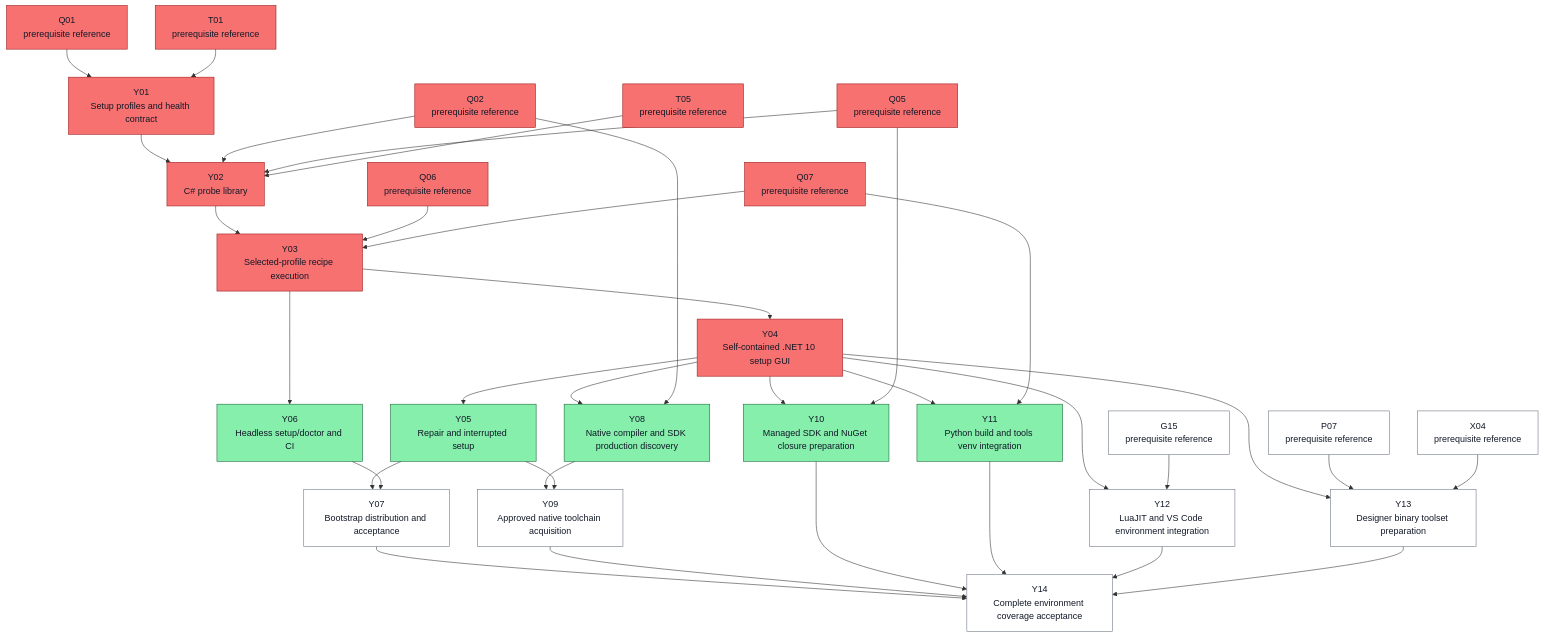
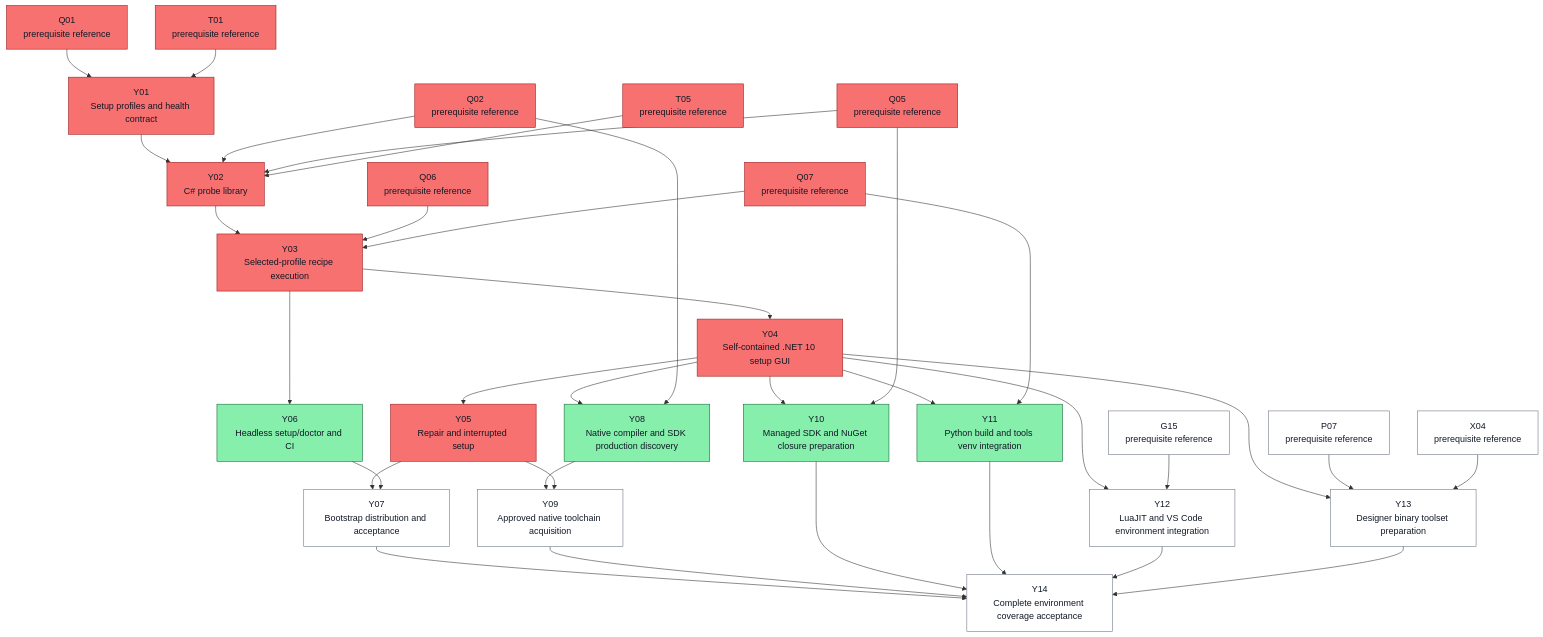
One commit to ocarizr/spaceraiders changed diagram 26 of 27 in docs/task-dependencies.md. Above: the diagram before and after it, drawn with Mermaid. The commit also changed other lines of this file and 9 other files, not shown here.

First line of the commit message:
feat(Y05): add durable environment setup repair and recovery (#25)

````diff
--- a/docs/task-dependencies.md
+++ b/docs/task-dependencies.md
@@ -1402,63 +1401,63 @@
 ```mermaid
 flowchart TD
     ref_Y_G15["G15<br/>prerequisite reference"]:::pending
     ref_Y_P07["P07<br/>prerequisite reference"]:::pending
     ref_Y_Q01["Q01<br/>prerequisite reference"]:::done
     ref_Y_Q02["Q02<br/>prerequisite reference"]:::done
     ref_Y_Q05["Q05<br/>prerequisite reference"]:::done
     ref_Y_Q06["Q06<br/>prerequisite reference"]:::done
     ref_Y_Q07["Q07<br/>prerequisite reference"]:::done
     ref_Y_T01["T01<br/>prerequisite reference"]:::done
     ref_Y_T05["T05<br/>prerequisite reference"]:::done
     ref_Y_X04["X04<br/>prerequisite reference"]:::pending
     Y01["Y01<br/>Setup profiles and health contract"]:::done
     Y02["Y02<br/>C# probe library"]:::done
     Y03["Y03<br/>Selected-profile recipe execution"]:::done
     Y04["Y04<br/>Self-contained .NET 10 setup GUI"]:::done
-    Y05["Y05<br/>Repair and interrupted setup"]:::ready
+    Y05["Y05<br/>Repair and interrupted setup"]:::done
     Y06["Y06<br/>Headless setup/doctor and CI"]:::ready
     Y07["Y07<br/>Bootstrap distribution and acceptance"]:::pending
     Y08["Y08<br/>Native compiler and SDK production discovery"]:::ready
     Y09["Y09<br/>Approved native toolchain acquisition"]:::pending
     Y10["Y10<br/>Managed SDK and NuGet closure preparation"]:::ready
     Y11["Y11<br/>Python build and tools venv integration"]:::ready
     Y12["Y12<br/>LuaJIT and VS Code environment integration"]:::pending
     Y13["Y13<br/>Designer binary toolset preparation"]:::pending
     Y14["Y14<br/>Complete environment coverage acceptance"]:::pending
     ref_Y_Q01 --> Y01
     ref_Y_T01 --> Y01
     Y01 --> Y02
     ref_Y_Q02 --> Y02
     ref_Y_Q05 --> Y02
     ref_Y_T05 --> Y02
     Y02 --> Y03
     ref_Y_Q06 --> Y03
     ref_Y_Q07 --> Y03
     Y03 --> Y04
     Y04 --> Y05
     Y03 --> Y06
     Y05 --> Y07
     Y06 --> Y07
     Y04 --> Y08
     ref_Y_Q02 --> Y08
     Y08 --> Y09
     Y05 --> Y09
     Y04 --> Y10
     ref_Y_Q05 --> Y10
     Y04 --> Y11
     ref_Y_Q07 --> Y11
     Y04 --> Y12
     ref_Y_G15 --> Y12
     Y04 --> Y13
     ref_Y_P07 --> Y13
     ref_Y_X04 --> Y13
     Y07 --> Y14
     Y09 --> Y14
     Y10 --> Y14
     Y11 --> Y14
     Y12 --> Y14
     Y13 --> Y14
     classDef pending fill:#ffffff,stroke:#6b7280,color:#111827
     classDef ready fill:#86efac,stroke:#166534,color:#111827
     classDef done fill:#f87171,stroke:#991b1b,color:#111827
 ```
````
